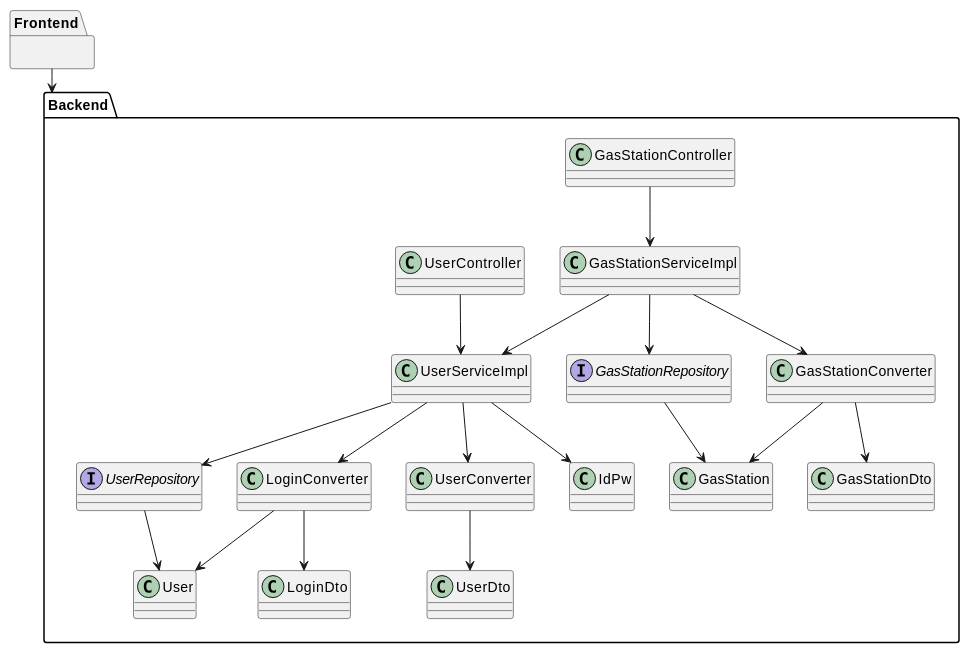
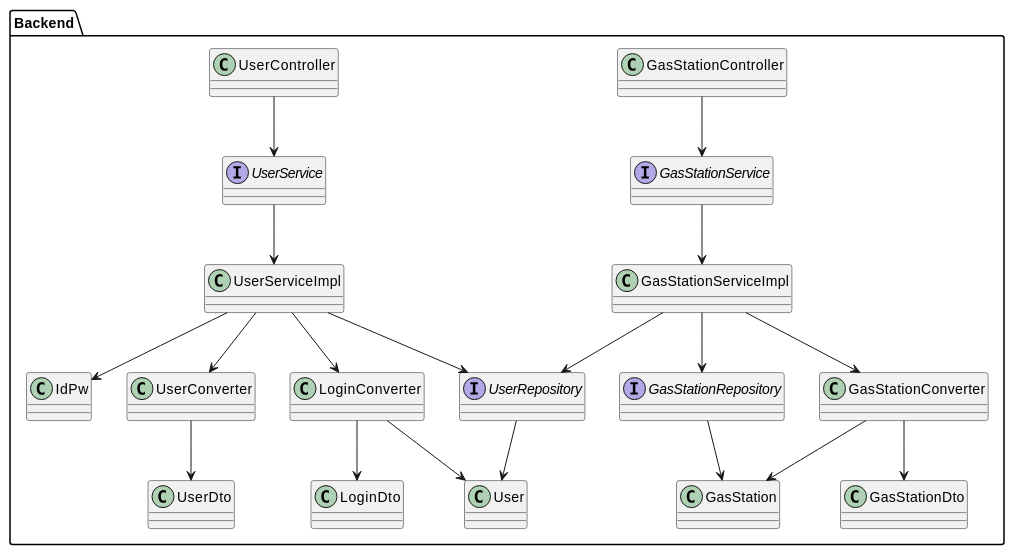
The diagram in docs/IntegrationApiTestReport.md (MattiaRiola/ezgas), drawn with PlantUML before and after one commit.

Commit message:
docs: minor fixes

````diff
--- a/docs/IntegrationApiTestReport.md
+++ b/docs/IntegrationApiTestReport.md
@@ -26,34 +26,31 @@
 ```plantuml
 @startuml
-package "Frontend" {}
-
 package "Backend" 
 {
 interface "GasStationRepository"
 interface "UserRepository"
-GasStationController -down-> GasStationServiceImpl
+interface "GasStationService"
+interface "UserService"
+GasStationController -down-> GasStationService
+UserController -down-> UserService
+GasStationService -down-> GasStationServiceImpl
+UserService -down-> UserServiceImpl
 GasStationServiceImpl-down-> GasStationConverter
 GasStationServiceImpl-down->  GasStationRepository
-GasStationServiceImpl-down-> UserServiceImpl
-UserController-down-> UserServiceImpl
+GasStationServiceImpl-down-> UserRepository
 GasStationConverter-down-> GasStationDto
 GasStationConverter-down-> GasStation
 GasStationRepository-down->  GasStation
 UserServiceImpl-down-> LoginConverter
 UserServiceImpl-down->UserRepository
 UserServiceImpl-down->UserConverter
 UserServiceImpl-down->IdPw
 LoginConverter-down->LoginDto
 LoginConverter-down->User
 UserRepository-down->User
 UserConverter-down->UserDto
 }
 
-
-
-
-Frontend -down-> Backend
-
 @enduml
 
 ```
````
